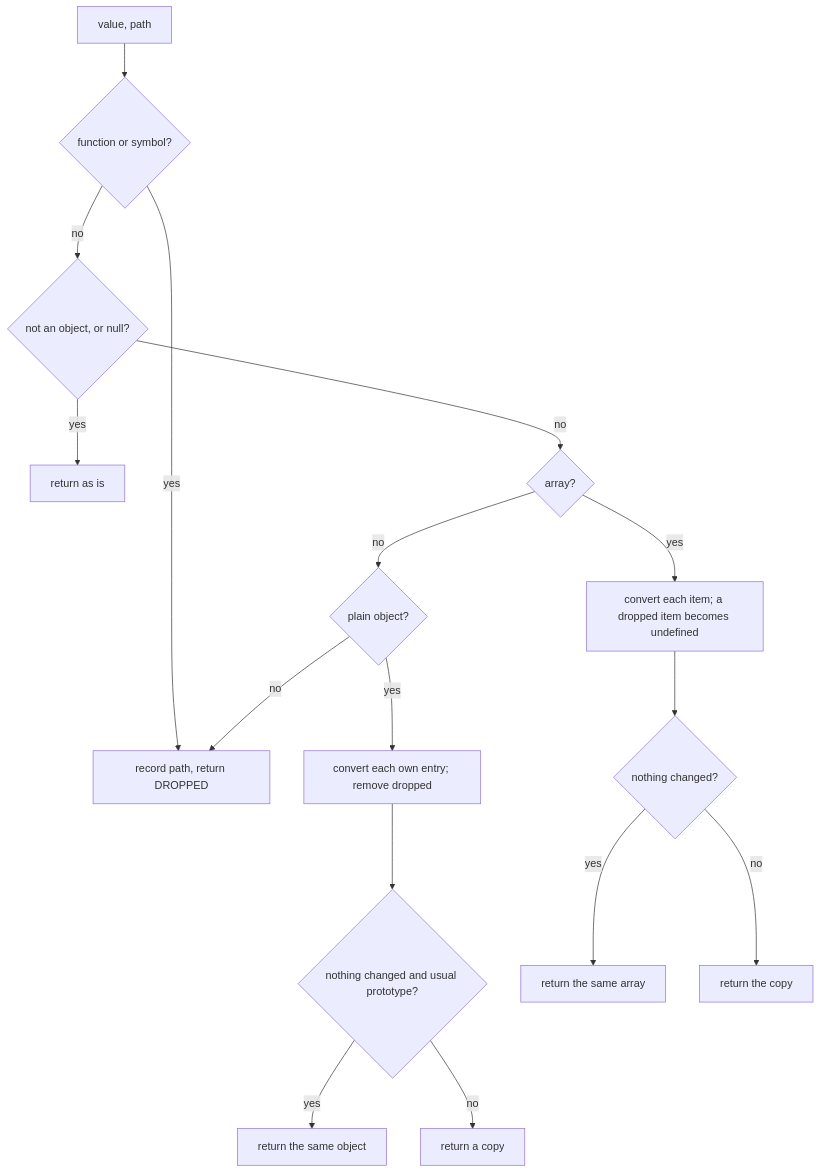
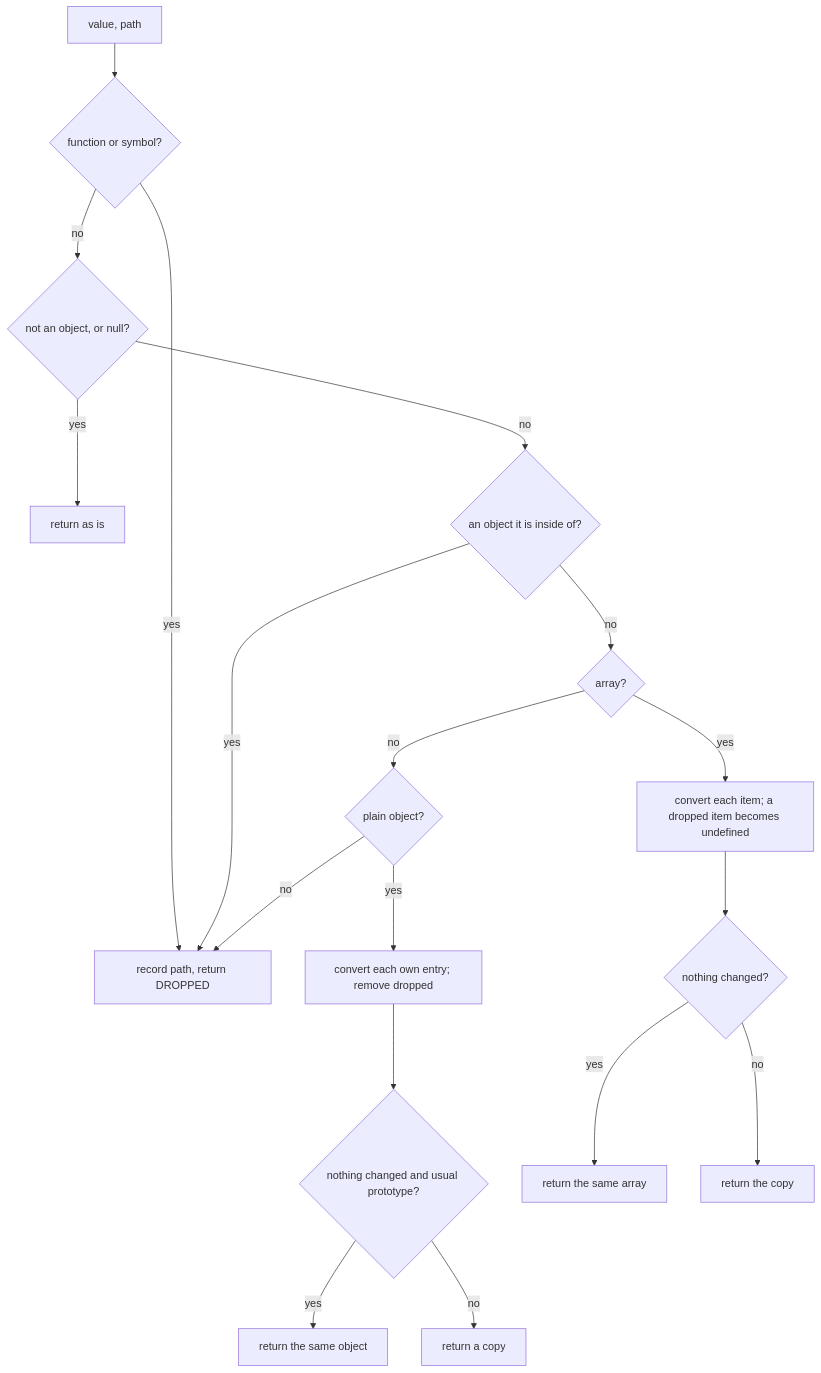
The diagram in packages/react/src/plainTheme.md (soroush-tech/umber-style), drawn with Mermaid before and after one commit. The commit also changed other lines of this file and 127 other files, not shown here.

````diff
--- a/packages/react/src/plainTheme.md
+++ b/packages/react/src/plainTheme.md
@@ -21,18 +22,20 @@
 ```mermaid
 flowchart TD
   value["value, path"] --> kind{"function or symbol?"}
   kind -->|yes| drop["record path, return DROPPED"]
   kind -->|no| prim{"not an object, or null?"}
   prim -->|yes| keep["return as is"]
-  prim -->|no| arr{"array?"}
+  prim -->|no| cyc{"an object it is inside of?"}
+  cyc -->|yes| drop
+  cyc -->|no| arr{"array?"}
   arr -->|yes| items["convert each item; a dropped item becomes undefined"]
   arr -->|no| plain{"plain object?"}
   plain -->|no| drop
   plain -->|yes| entries["convert each own entry; remove dropped"]
   items --> same{"nothing changed?"}
   entries --> same2{"nothing changed and usual prototype?"}
   same -->|yes| orig["return the same array"]
   same -->|no| copy["return the copy"]
   same2 -->|yes| orig2["return the same object"]
   same2 -->|no| copy2["return a copy"]
 ```
````
